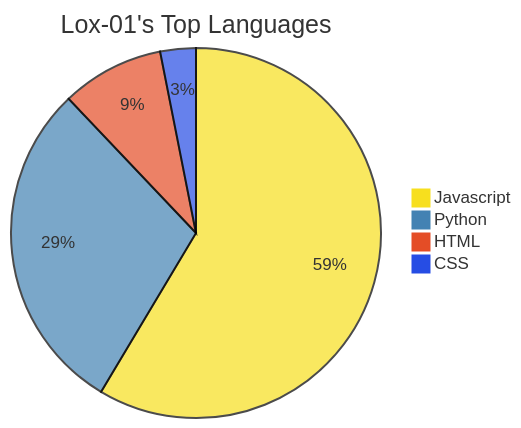
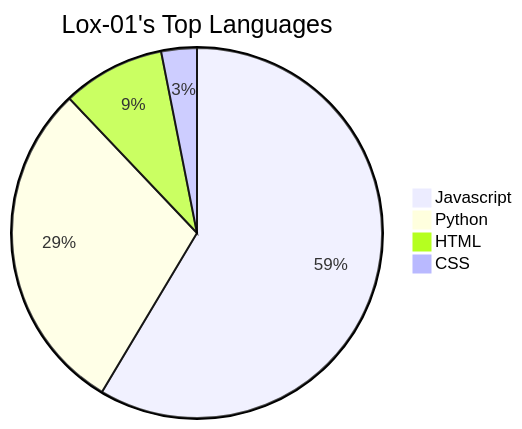
The diagram in README.md (Lox-01/Lox-01), drawn with Mermaid before and after one commit.

````diff
--- a/README.md
+++ b/README.md
@@ -12,9 +12,9 @@
 ```mermaid
-%%{init: {'theme': 'base', 'themeVariables': { "pieOuterStrokeWidth": "0px", "stroke-width": "0px", "pieInnerStrokeWidth": "0px", 'pie1': '#f7df1e', 'pie2': '#4382b3', 'pie3': '#e44d26', 'pie4': '#264de4'}}}%%
+%%{init: {'theme': 'base', 'themeVariables': { "min-width": "200px"; "max-width": "500px", "pieOuterStrokeWidth": "0px", "pieInnerStrokeWidth": "0px", 'pie1': '#f7df1e', 'pie2': '#4382b3', 'pie3': '#e44d26', 'pie4': '#264de4'}}}%%
 pie
     title Lox-01's Top Languages
     "Javascript" : 58.57
     "Python" : 29.34
     "HTML" : 8.97
     "CSS" : 3.11
 ```
````
